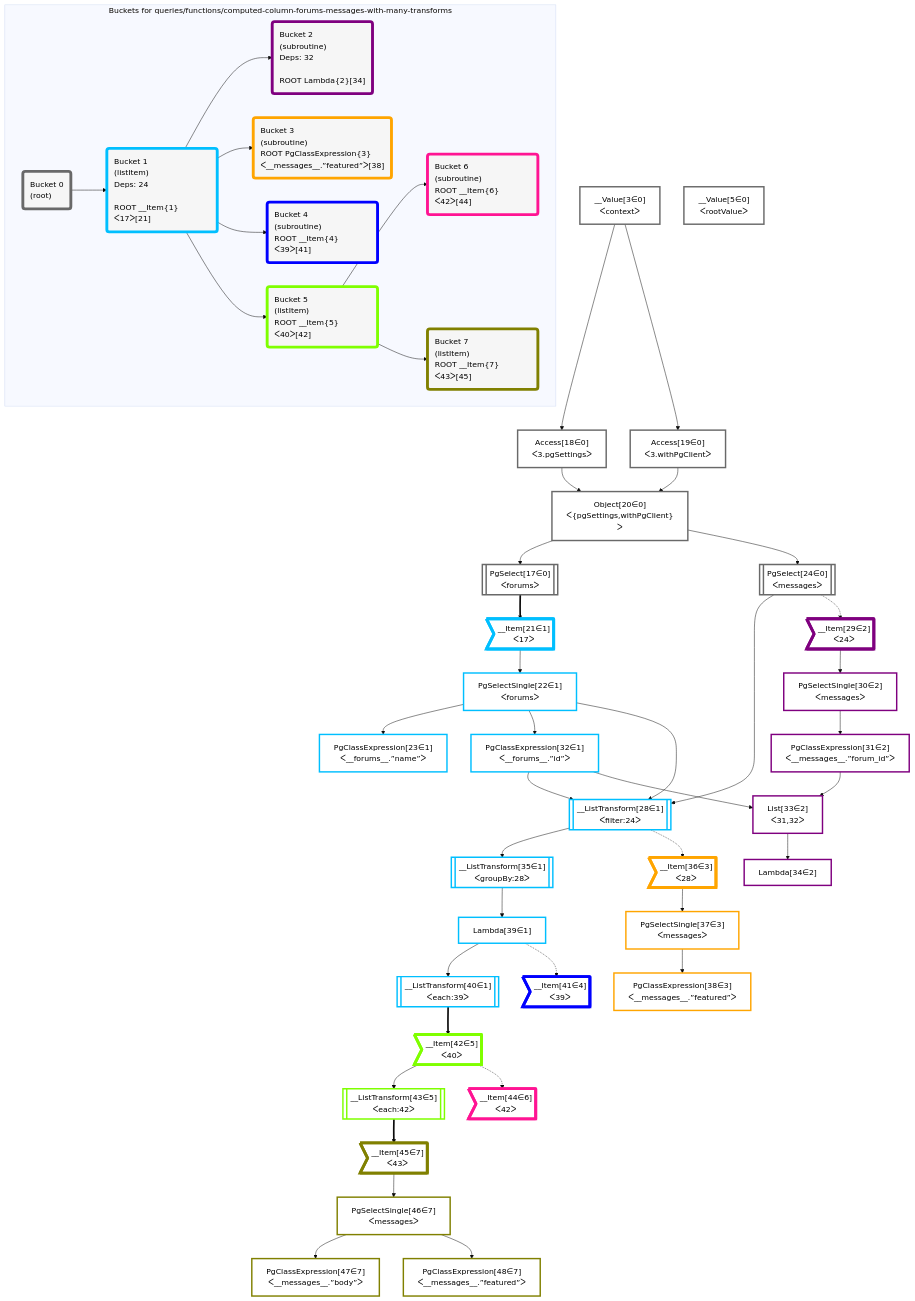
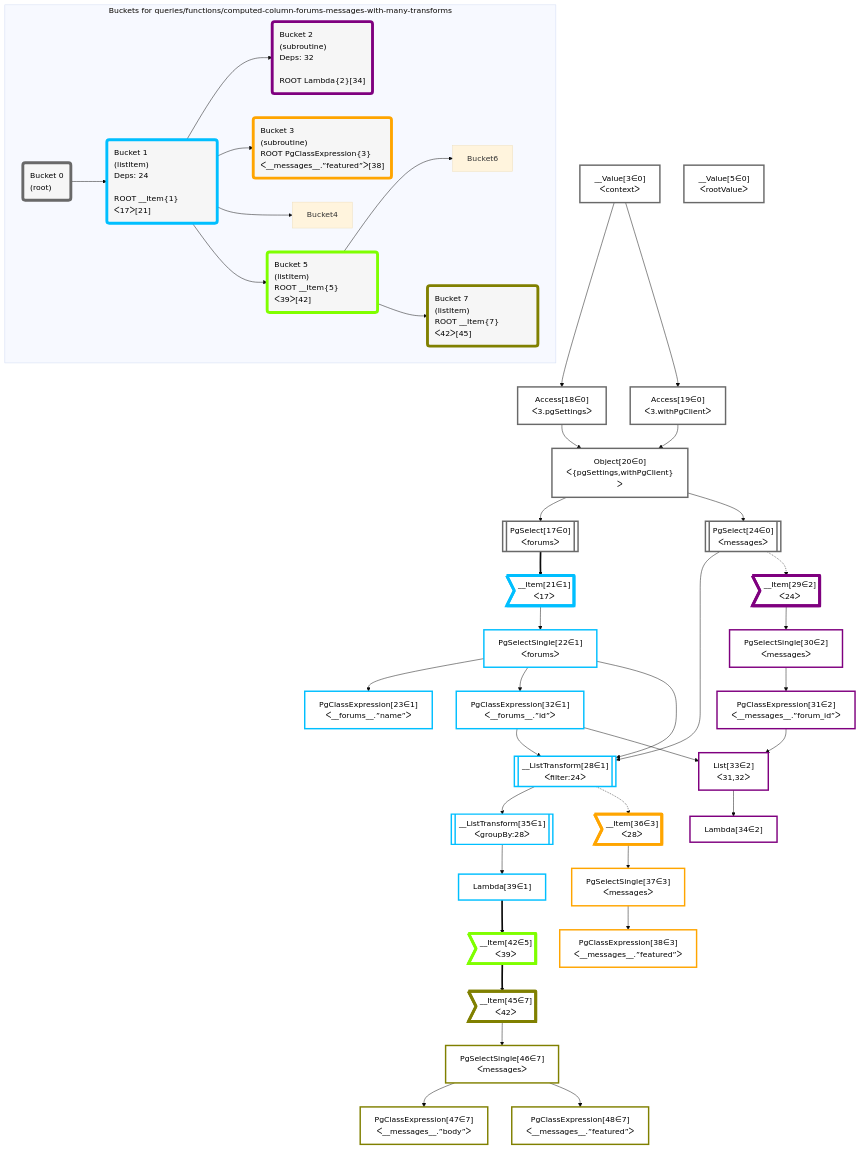
The diagram in grafast/dataplan-pg/__tests__/queries/functions/computed-column-forums-messages-with-many-transforms.mermaid (graphile/crystal), drawn with Mermaid (base theme) before and after one commit. The commit also changed 4 other files, not shown here.

```diff
--- a/grafast/dataplan-pg/__tests__/queries/functions/computed-column-forums-messages-with-many-transforms.mermaid
+++ b/grafast/dataplan-pg/__tests__/queries/functions/computed-column-forums-messages-with-many-transforms.mermaid
@@ -1,101 +1,87 @@
 graph TD
     classDef path fill:#eee,stroke:#000,color:#000
     classDef plan fill:#fff,stroke-width:3px,color:#000
     classDef itemplan fill:#fff,stroke-width:6px,color:#000
     classDef sideeffectplan fill:#f00,stroke-width:6px,color:#000
     classDef bucket fill:#f6f6f6,color:#000,stroke-width:6px,text-align:left
 
 
     %% define steps
     __Value3["__Value[3∈0]<br />ᐸcontextᐳ"]:::plan
     __Value5["__Value[5∈0]<br />ᐸrootValueᐳ"]:::plan
     Access18["Access[18∈0]<br />ᐸ3.pgSettingsᐳ"]:::plan
     Access19["Access[19∈0]<br />ᐸ3.withPgClientᐳ"]:::plan
     Object20["Object[20∈0]<br />ᐸ{pgSettings,withPgClient}ᐳ"]:::plan
     PgSelect17[["PgSelect[17∈0]<br />ᐸforumsᐳ"]]:::plan
     __Item21>"__Item[21∈1]<br />ᐸ17ᐳ"]:::itemplan
     PgSelectSingle22["PgSelectSingle[22∈1]<br />ᐸforumsᐳ"]:::plan
     PgClassExpression23["PgClassExpression[23∈1]<br />ᐸ__forums__.”name”ᐳ"]:::plan
     PgSelect24[["PgSelect[24∈0]<br />ᐸmessagesᐳ"]]:::plan
     PgClassExpression32["PgClassExpression[32∈1]<br />ᐸ__forums__.”id”ᐳ"]:::plan
     __ListTransform28[["__ListTransform[28∈1]<br />ᐸfilter:24ᐳ"]]:::plan
     __Item29>"__Item[29∈2]<br />ᐸ24ᐳ"]:::itemplan
     PgSelectSingle30["PgSelectSingle[30∈2]<br />ᐸmessagesᐳ"]:::plan
     PgClassExpression31["PgClassExpression[31∈2]<br />ᐸ__messages__.”forum_id”ᐳ"]:::plan
     List33["List[33∈2]<br />ᐸ31,32ᐳ"]:::plan
     Lambda34["Lambda[34∈2]"]:::plan
     __ListTransform35[["__ListTransform[35∈1]<br />ᐸgroupBy:28ᐳ"]]:::plan
     __Item36>"__Item[36∈3]<br />ᐸ28ᐳ"]:::itemplan
     PgSelectSingle37["PgSelectSingle[37∈3]<br />ᐸmessagesᐳ"]:::plan
     PgClassExpression38["PgClassExpression[38∈3]<br />ᐸ__messages__.”featured”ᐳ"]:::plan
     Lambda39["Lambda[39∈1]"]:::plan
-    __ListTransform40[["__ListTransform[40∈1]<br />ᐸeach:39ᐳ"]]:::plan
-    __Item41>"__Item[41∈4]<br />ᐸ39ᐳ"]:::itemplan
-    __Item42>"__Item[42∈5]<br />ᐸ40ᐳ"]:::itemplan
-    __ListTransform43[["__ListTransform[43∈5]<br />ᐸeach:42ᐳ"]]:::plan
-    __Item44>"__Item[44∈6]<br />ᐸ42ᐳ"]:::itemplan
-    __Item45>"__Item[45∈7]<br />ᐸ43ᐳ"]:::itemplan
+    __Item42>"__Item[42∈5]<br />ᐸ39ᐳ"]:::itemplan
+    __Item45>"__Item[45∈7]<br />ᐸ42ᐳ"]:::itemplan
     PgSelectSingle46["PgSelectSingle[46∈7]<br />ᐸmessagesᐳ"]:::plan
     PgClassExpression47["PgClassExpression[47∈7]<br />ᐸ__messages__.”body”ᐳ"]:::plan
     PgClassExpression48["PgClassExpression[48∈7]<br />ᐸ__messages__.”featured”ᐳ"]:::plan
 
     %% plan dependencies
     __Value3 --> Access18
     __Value3 --> Access19
     Access18 & Access19 --> Object20
     Object20 --> PgSelect17
     PgSelect17 ==> __Item21
     __Item21 --> PgSelectSingle22
     PgSelectSingle22 --> PgClassExpression23
     Object20 --> PgSelect24
     PgSelectSingle22 --> PgClassExpression32
     PgSelect24 & PgSelectSingle22 & PgClassExpression32 --> __ListTransform28
     PgSelect24 -.-> __Item29
     __Item29 --> PgSelectSingle30
     PgSelectSingle30 --> PgClassExpression31
     PgClassExpression31 & PgClassExpression32 --> List33
     List33 --> Lambda34
     __ListTransform28 --> __ListTransform35
     __ListTransform28 -.-> __Item36
     __Item36 --> PgSelectSingle37
     PgSelectSingle37 --> PgClassExpression38
     __ListTransform35 --> Lambda39
-    Lambda39 --> __ListTransform40
-    Lambda39 -.-> __Item41
-    __ListTransform40 ==> __Item42
-    __Item42 --> __ListTransform43
-    __Item42 -.-> __Item44
-    __ListTransform43 ==> __Item45
+    Lambda39 ==> __Item42
+    __Item42 ==> __Item45
     __Item45 --> PgSelectSingle46
     PgSelectSingle46 --> PgClassExpression47
     PgSelectSingle46 --> PgClassExpression48
 
     subgraph "Buckets for queries/functions/computed-column-forums-messages-with-many-transforms"
     Bucket0("Bucket 0<br />(root)"):::bucket
     classDef bucket0 stroke:#696969
     class Bucket0,__Value3,__Value5,PgSelect17,Access18,Access19,Object20,PgSelect24 bucket0
     Bucket1("Bucket 1<br />(listItem)<br />Deps: 24<br /><br />ROOT __Item{1}ᐸ17ᐳ[21]"):::bucket
     classDef bucket1 stroke:#00bfff
-    class Bucket1,__Item21,PgSelectSingle22,PgClassExpression23,__ListTransform28,PgClassExpression32,__ListTransform35,Lambda39,__ListTransform40 bucket1
+    class Bucket1,__Item21,PgSelectSingle22,PgClassExpression23,__ListTransform28,PgClassExpression32,__ListTransform35,Lambda39 bucket1
     Bucket2("Bucket 2<br />(subroutine)<br />Deps: 32<br /><br />ROOT Lambda{2}[34]"):::bucket
     classDef bucket2 stroke:#7f007f
     class Bucket2,__Item29,PgSelectSingle30,PgClassExpression31,List33,Lambda34 bucket2
     Bucket3("Bucket 3<br />(subroutine)<br />ROOT PgClassExpression{3}ᐸ__messages__.”featured”ᐳ[38]"):::bucket
     classDef bucket3 stroke:#ffa500
     class Bucket3,__Item36,PgSelectSingle37,PgClassExpression38 bucket3
-    Bucket4("Bucket 4<br />(subroutine)<br />ROOT __Item{4}ᐸ39ᐳ[41]"):::bucket
-    classDef bucket4 stroke:#0000ff
-    class Bucket4,__Item41 bucket4
-    Bucket5("Bucket 5<br />(listItem)<br />ROOT __Item{5}ᐸ40ᐳ[42]"):::bucket
+    Bucket5("Bucket 5<br />(listItem)<br />ROOT __Item{5}ᐸ39ᐳ[42]"):::bucket
     classDef bucket5 stroke:#7fff00
-    class Bucket5,__Item42,__ListTransform43 bucket5
-    Bucket6("Bucket 6<br />(subroutine)<br />ROOT __Item{6}ᐸ42ᐳ[44]"):::bucket
-    classDef bucket6 stroke:#ff1493
-    class Bucket6,__Item44 bucket6
-    Bucket7("Bucket 7<br />(listItem)<br />ROOT __Item{7}ᐸ43ᐳ[45]"):::bucket
+    class Bucket5,__Item42 bucket5
+    Bucket7("Bucket 7<br />(listItem)<br />ROOT __Item{7}ᐸ42ᐳ[45]"):::bucket
     classDef bucket7 stroke:#808000
     class Bucket7,__Item45,PgSelectSingle46,PgClassExpression47,PgClassExpression48 bucket7
     Bucket0 --> Bucket1
     Bucket1 --> Bucket2 & Bucket3 & Bucket4 & Bucket5
     Bucket5 --> Bucket6 & Bucket7
     end
```
